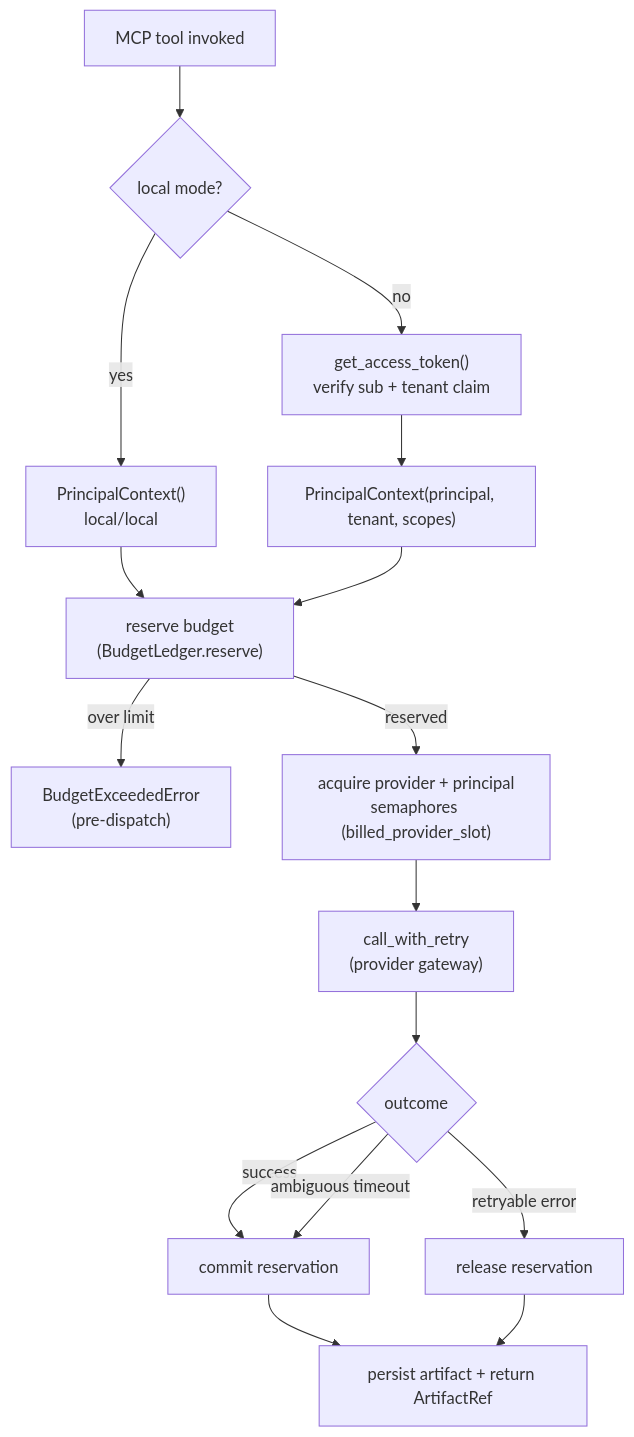
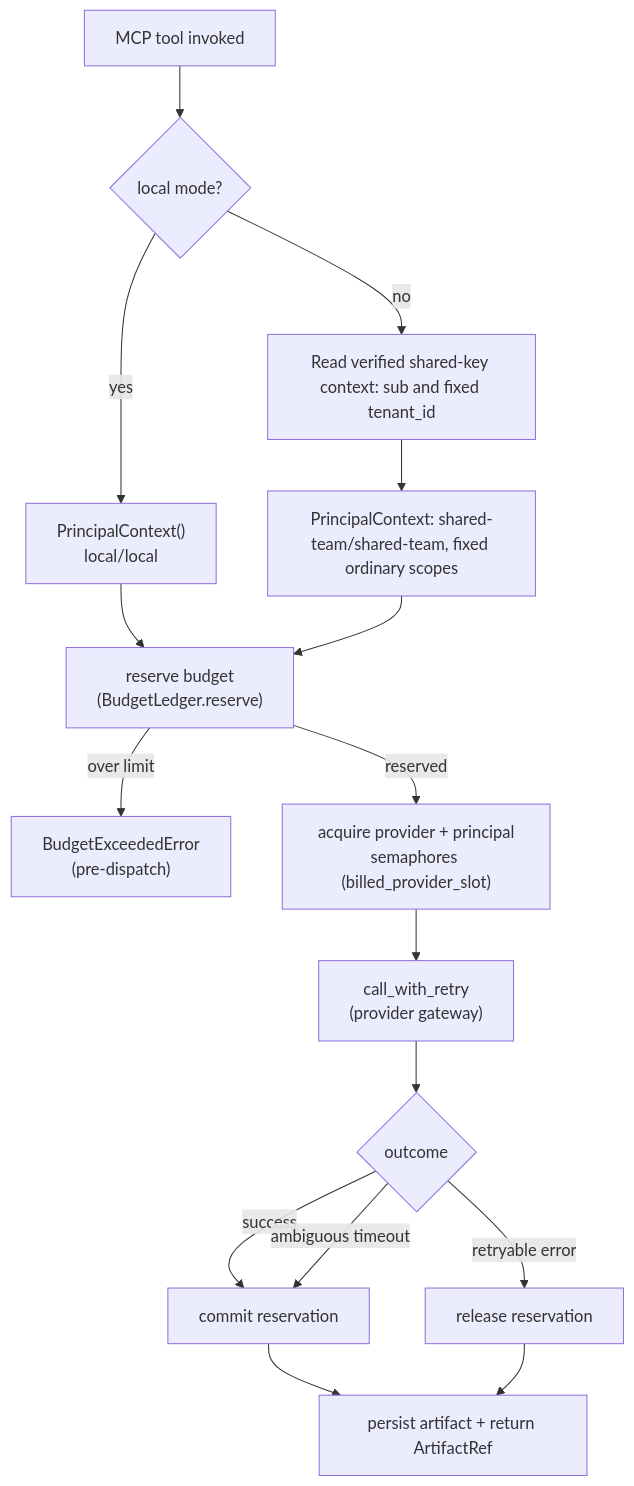
The fourth of 4 diagrams in docs/architecture.md (byteplus-sa/ark-mcp), drawn with Mermaid before and after one commit. The commit also changed other lines of this file and 56 other files, not shown here.

First line of the commit message:
feat!: simplify hosted MCP authentication to one shared key

````diff
--- a/docs/architecture.md
+++ b/docs/architecture.md
@@ -210,18 +215,18 @@
 ```mermaid
 flowchart TD
     A["MCP tool invoked"] --> B{"local mode?"}
     B -->|yes| C["PrincipalContext()\nlocal/local"]
-    B -->|no| D["get_access_token()\nverify sub + tenant claim"]
-    D --> C2["PrincipalContext(principal, tenant, scopes)"]
+    B -->|no| D["Read verified shared-key context: sub and fixed tenant_id"]
+    D --> C2["PrincipalContext: shared-team/shared-team, fixed ordinary scopes"]
     C --> E["reserve budget\n(BudgetLedger.reserve)"]
     C2 --> E
     E -->|"over limit"| F["BudgetExceededError\n(pre-dispatch)"]
     E -->|"reserved"| G["acquire provider + principal\nsemaphores (billed_provider_slot)"]
     G --> H["call_with_retry\n(provider gateway)"]
     H --> I{"outcome"}
     I -->|success| J["commit reservation"]
     I -->|"ambiguous timeout"| J
     I -->|"retryable error"| K["release reservation"]
     J --> L["persist artifact + return ArtifactRef"]
     K --> L
 ```
````
